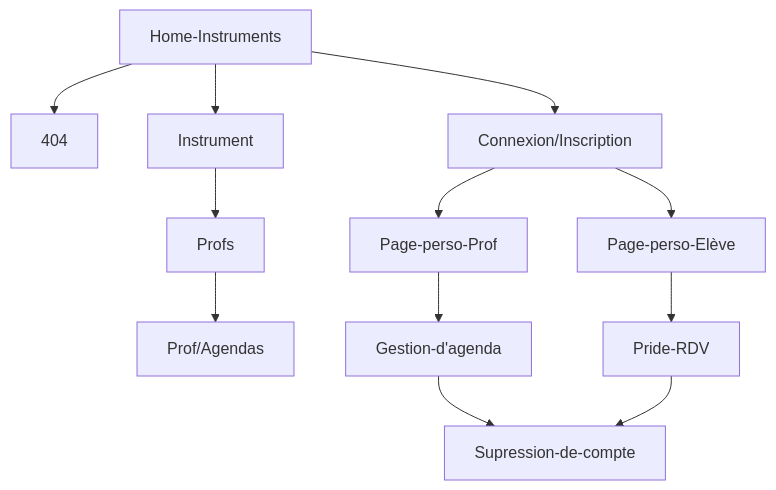
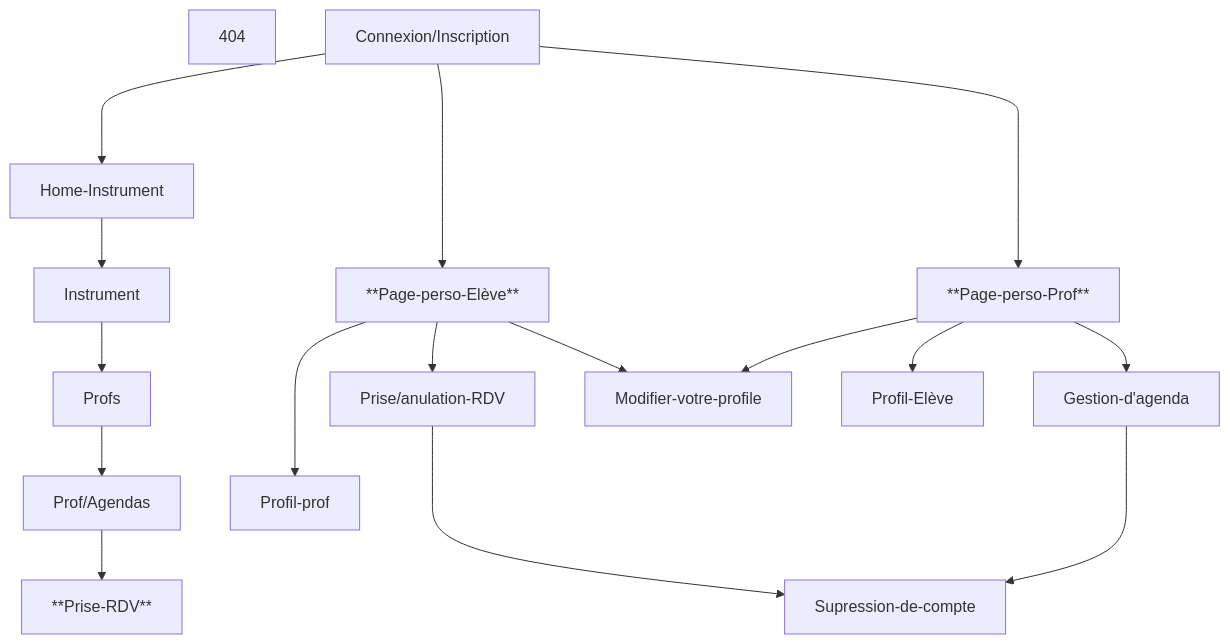
The diagram in _documentation/cdc.md (Brewalan74/InstrumentalForMe), drawn with Mermaid before and after one commit.

Commit message:
Doc maj schém arborescence

````diff
--- a/_documentation/cdc.md
+++ b/_documentation/cdc.md
@@ -72,10 +72,22 @@
-```mermaid
-graph TD;
-    Home-Instruments-->Instrument;
-    Instrument-->Profs;
-    Profs-->Prof/Agendas;
-    Home-Instruments-->Connexion/Inscription;
-    Connexion/Inscription-->Page-perso-Prof-->Gestion-d'agenda-->Supression-de-compte;
-    Connexion/Inscription-->Page-perso-Elève-->Pride-RDV-->Supression-de-compte;
-    Home-Instruments-->404;
-```
+  ```mermaid
+  graph TD;
+
+        Connexion/Inscription--->Home-Instrument-->Instrument-->Profs-->Prof/Agendas-->**Prise-RDV**;
+          
+        Connexion/Inscription---->**Page-perso-Prof**-->Gestion-d'agenda--->Supression-de-compte;
+
+        Connexion/Inscription-->**Page-perso-Elève**-->Prise/anulation-RDV--->Supression-de-compte;
+ 
+
+        **Page-perso-Prof**-->Modifier-votre-profile 
+
+        **Page-perso-Prof**-->Profil-Elève
+
+        **Page-perso-Elève**--->Profil-prof
+
+        **Page-perso-Elève**-->Modifier-votre-profile
+
+        404
+         
+ 
+   ```
````
